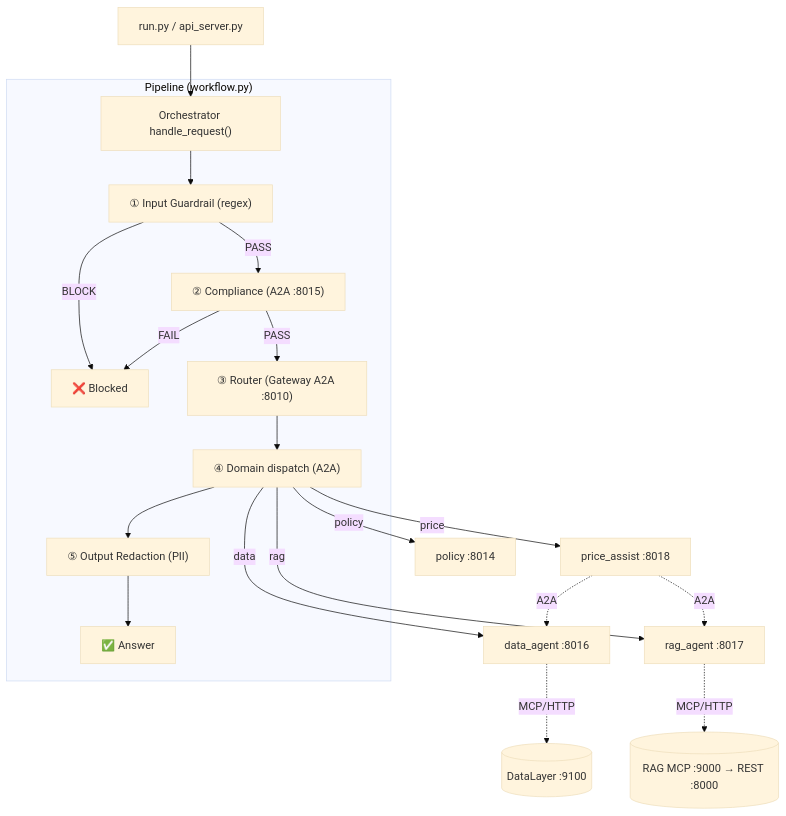
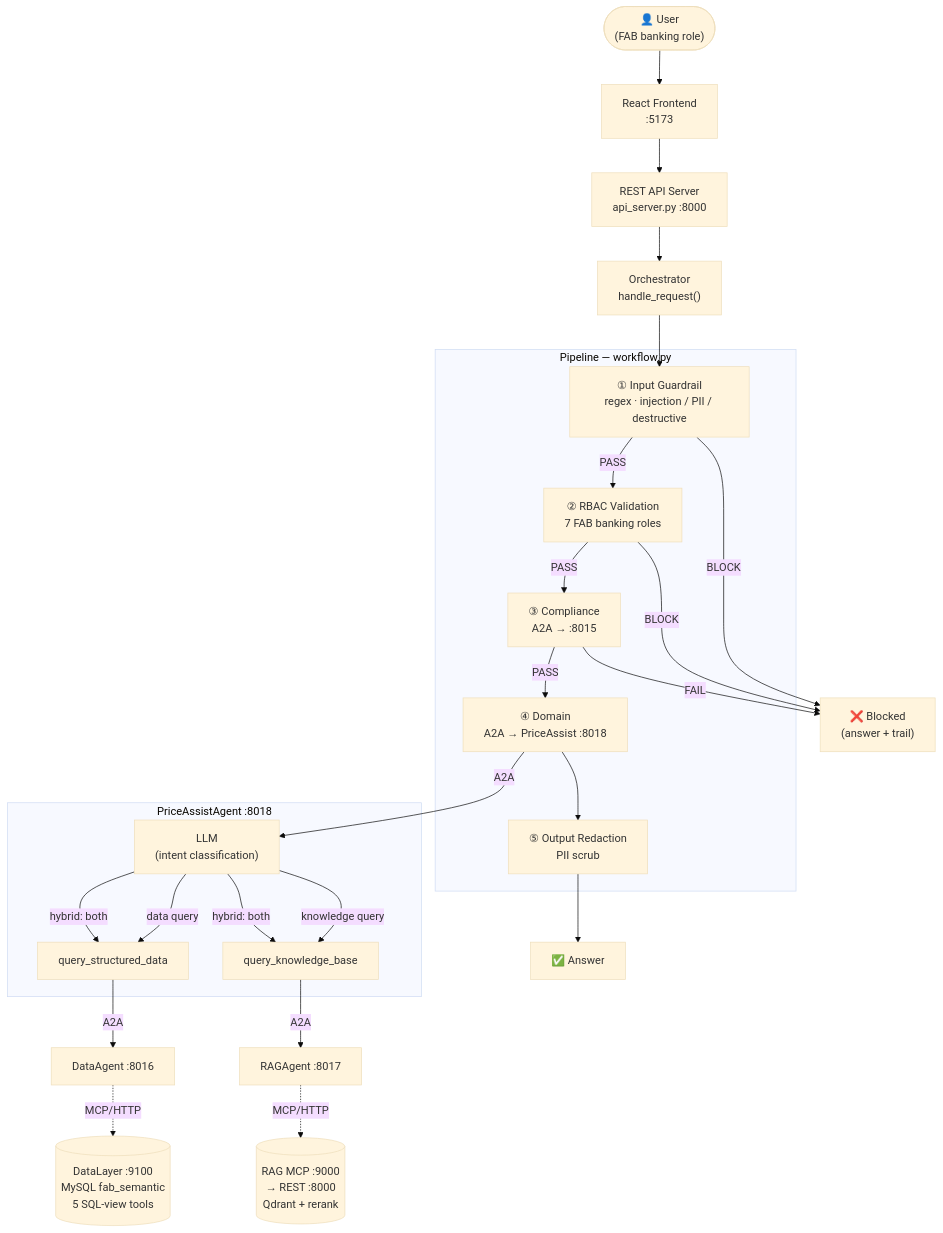
One commit to manojchevula-acc/agent-mesh changed the first of 2 diagrams in agent-mesh/SYSTEM_FLOW.md. Above: the diagram before and after it, drawn with Mermaid (base theme). The commit also changed other lines of this file and 1 other file, not shown here.

First line of the commit message:
docs: rewrite SYSTEM_FLOW.md and architecture.md for AgentMesh 15.0.6.2026

````diff
--- a/agent-mesh/SYSTEM_FLOW.md
+++ b/agent-mesh/SYSTEM_FLOW.md
@@ -81,22 +84,44 @@
 ```mermaid
 flowchart TD
-    CLI["run.py / api_server.py"] --> ORCH["Orchestrator handle_request()"]
-    subgraph PIPE["Pipeline (workflow.py)"]
-        ORCH --> S1["① Input Guardrail (regex)"]
-        S1 -->|BLOCK| X["❌ Blocked"]
-        S1 -->|PASS| S2["② Compliance (A2A :8015)"]
-        S2 -->|FAIL| X
-        S2 -->|PASS| S3["③ Router (Gateway A2A :8010)"]
-        S3 --> S4["④ Domain dispatch (A2A)"]
-        S4 --> S5["⑤ Output Redaction (PII)"]
-        S5 --> R["✅ Answer"]
+    User(["👤 User\n(FAB banking role)"])
+    FE["React Frontend\n:5173"]
+    API["REST API Server\napi_server.py :8000"]
+    Orch["Orchestrator\nhandle_request()"]
+
+    subgraph PIPE["Pipeline — workflow.py"]
+        S1["① Input Guardrail\nregex · injection / PII / destructive"]
+        S2["② RBAC Validation\n7 FAB banking roles"]
+        S3["③ Compliance\nA2A → :8015"]
+        S4["④ Domain\nA2A → PriceAssist :8018"]
+        S5["⑤ Output Redaction\nPII scrub"]
     end
-    S4 -->|price| PA["price_assist :8018"]
-    S4 -->|data| DA["data_agent :8016"]
-    S4 -->|rag| RA["rag_agent :8017"]
-    S4 -->|policy| PO["policy :8014"]
-    PA -. A2A .-> DA
-    PA -. A2A .-> RA
-    DA -. MCP/HTTP .-> DL[("DataLayer :9100")]
-    RA -. MCP/HTTP .-> RG[("RAG MCP :9000 → REST :8000")]
+
+    BLOCK["❌ Blocked\n(answer + trail)"]
+    ANS["✅ Answer"]
+
+    User --> FE --> API --> Orch --> S1
+    S1 -->|BLOCK| BLOCK
+    S1 -->|PASS| S2
+    S2 -->|BLOCK| BLOCK
+    S2 -->|PASS| S3
+    S3 -->|FAIL| BLOCK
+    S3 -->|PASS| S4
+    S4 --> S5 --> ANS
+
+    subgraph COORD["PriceAssistAgent :8018"]
+        PA_LLM["LLM\n(intent classification)"]
+        T1["query_structured_data"]
+        T2["query_knowledge_base"]
+    end
+
+    S4 -->|A2A| PA_LLM
+    PA_LLM -->|data query| T1
+    PA_LLM -->|knowledge query| T2
+    PA_LLM -->|hybrid: both| T1 & T2
+
+    T1 -->|A2A| DA["DataAgent :8016"]
+    T2 -->|A2A| RA["RAGAgent :8017"]
+
+    DA -. "MCP/HTTP" .-> DL[("DataLayer :9100\nMySQL fab_semantic\n5 SQL-view tools")]
+    RA -. "MCP/HTTP" .-> RG[("RAG MCP :9000\n→ REST :8000\nQdrant + rerank")]
 ```
````
